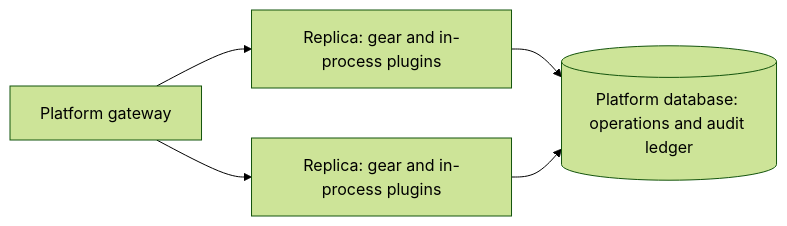
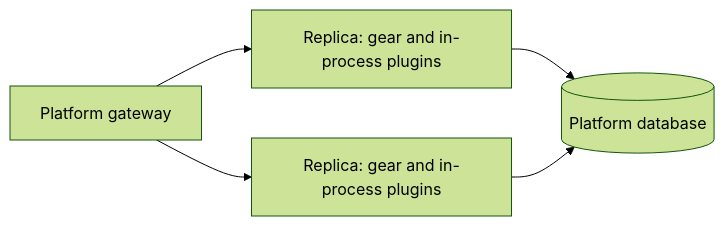
One commit to constructorfabric/gears-rust changed the sixth of 6 diagrams in gears/system/application-manager/docs/DESIGN.md. Above: the diagram before and after it, drawn with Mermaid (forest theme). The commit also changed other lines of this file and 5 other files, not shown here.

````diff
--- a/gears/system/application-manager/docs/DESIGN.md
+++ b/gears/system/application-manager/docs/DESIGN.md
@@ -905,7 +728,7 @@
 ```mermaid
 flowchart LR
     LB["Platform gateway"] --> R1["Replica: gear and in-process plugins"]
     LB --> R2["Replica: gear and in-process plugins"]
-    R1 --> DB[("Platform database: operations and audit ledger")]
+    R1 --> DB[("Platform database")]
     R2 --> DB
 ```
````
